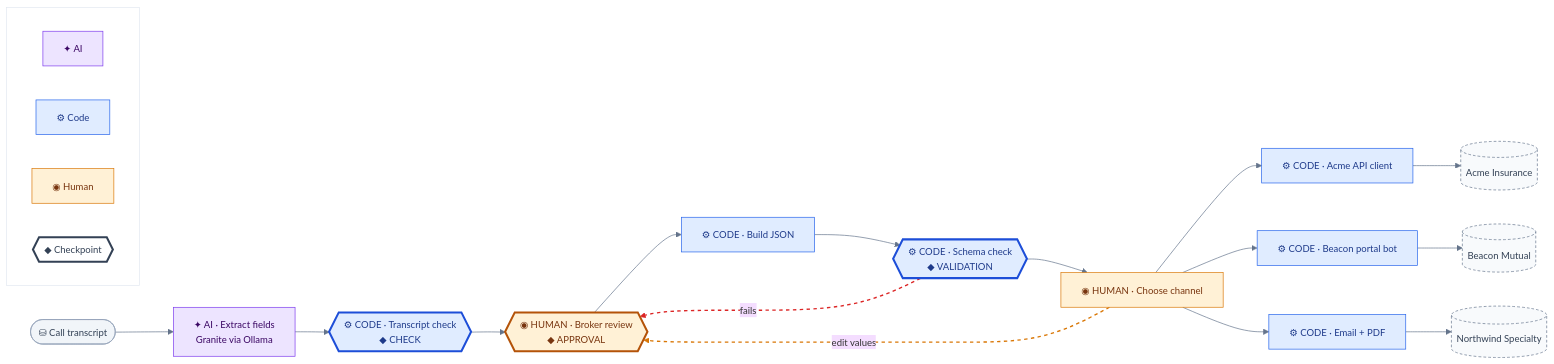
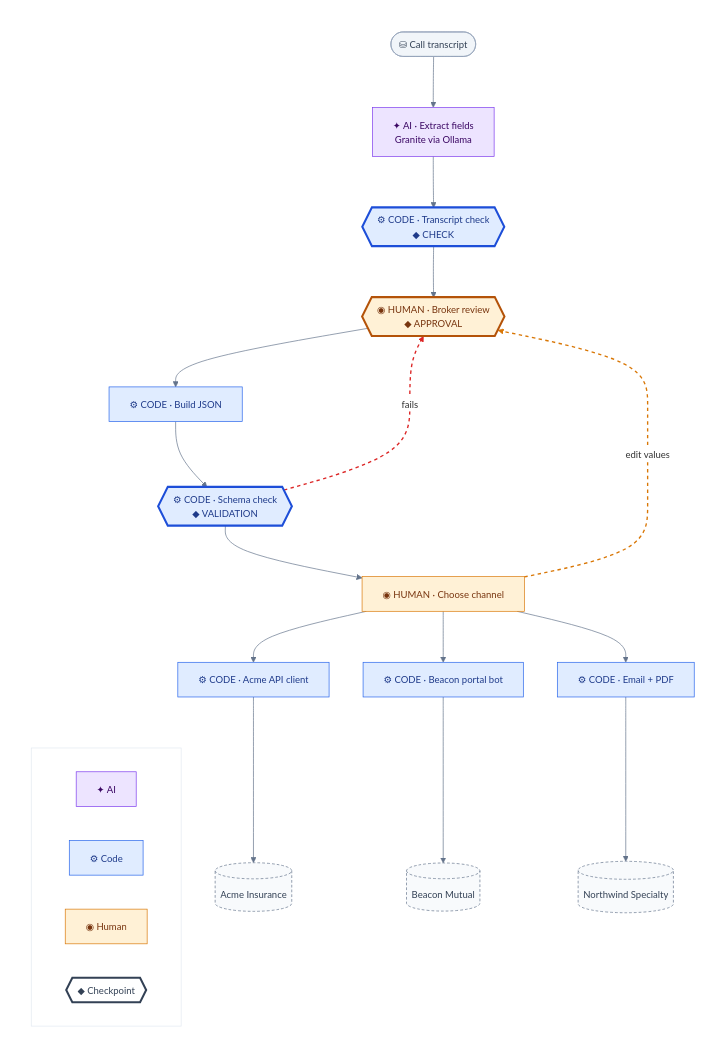
Before and after one commit to gyuszix/switchboard-lead-intake-demo: the diagram in README.md, drawn with Mermaid.

````diff
--- a/README.md
+++ b/README.md
@@ -7,62 +7,65 @@
 ```mermaid
-%%{init: {"theme": "base", "themeVariables": {"fontFamily": "Inter, Helvetica, Arial, sans-serif", "lineColor": "#64748b", "fontSize": "14px"}}}%%
+%%{init: {"theme": "base", "themeVariables": {"fontFamily": "Inter, Helvetica, Arial, sans-serif", "lineColor": "#64748b", "fontSize": "14px", "edgeLabelBackground": "#ffffff", "textColor": "#334155"}}}%%
 flowchart LR
-    T([⛁ Call transcript])
-    E[✦ AI · Extract fields<br/>Granite via Ollama]
-    TC{{⚙ CODE · Transcript check<br/>◆ CHECK}}
-    R{{◉ HUMAN · Broker review<br/>◆ APPROVAL}}
-    B[⚙ CODE · Build JSON]
-    SC{{⚙ CODE · Schema check<br/>◆ VALIDATION}}
-    CH[◉ HUMAN · Choose channel]
-    API[⚙ CODE · Acme API client]
-    BOT[⚙ CODE · Beacon portal bot]
-    EM[⚙ CODE · Email + PDF]
-    ACME[(Acme Insurance)]
-    BEACON[(Beacon Mutual)]
-    NW[(Northwind Specialty)]
+    subgraph CANVAS[" "]
+        T([⛁ Call transcript])
+        E[✦ AI · Extract fields<br/>Granite via Ollama]
+        TC{{⚙ CODE · Transcript check<br/>◆ CHECK}}
+        R{{◉ HUMAN · Broker review<br/>◆ APPROVAL}}
+        B[⚙ CODE · Build JSON]
+        SC{{⚙ CODE · Schema check<br/>◆ VALIDATION}}
+        CH[◉ HUMAN · Choose channel]
+        API[⚙ CODE · Acme API client]
+        BOT[⚙ CODE · Beacon portal bot]
+        EM[⚙ CODE · Email + PDF]
+        ACME[(Acme Insurance)]
+        BEACON[(Beacon Mutual)]
+        NW[(Northwind Specialty)]
 
-    T --> E
-    E --> TC
-    TC --> R
-    R --> B
-    B --> SC
-    SC --> CH
-    SC -. "fails" .-> R
-    CH -. "edit values" .-> R
-    CH --> API
-    API --> ACME
-    CH --> BOT
-    BOT --> BEACON
-    CH --> EM
-    EM --> NW
+        T --> E
+        E --> TC
+        TC --> R
+        R --> B
+        B --> SC
+        SC --> CH
+        SC -. "fails" .-> R
+        CH -. "edit values" .-> R
+        CH --> API
+        API --> ACME
+        CH --> BOT
+        BOT --> BEACON
+        CH --> EM
+        EM --> NW
 
-    subgraph LEGEND[" "]
-        direction LR
-        L1[✦ AI]
-        L2[⚙ Code]
-        L3[◉ Human]
-        L4{{◆ Checkpoint}}
+        subgraph LEGEND[" "]
+            direction LR
+            L1[✦ AI]
+            L2[⚙ Code]
+            L3[◉ Human]
+            L4{{◆ Checkpoint}}
+        end
     end
 
     classDef input fill:#f1f5f9,stroke:#94a3b8,color:#334155
     classDef ai fill:#ede4ff,stroke:#7c3aed,color:#3b0764
     classDef code fill:#e0ecff,stroke:#2563eb,color:#1e3a8a
     classDef codeCheck fill:#e0ecff,stroke:#1d4ed8,color:#1e3a8a,stroke-width:3px
     classDef human fill:#fff1d6,stroke:#d97706,color:#78350f
     classDef humanCheck fill:#fff1d6,stroke:#b45309,color:#78350f,stroke-width:3px
     classDef carrier fill:#f8fafc,stroke:#64748b,color:#334155,stroke-dasharray:4 3
     classDef legendCheck fill:#ffffff,stroke:#334155,color:#334155,stroke-width:3px
 
     class T input
     class E,L1 ai
     class B,API,BOT,EM,L2 code
     class TC,SC codeCheck
     class CH,L3 human
     class R humanCheck
     class ACME,BEACON,NW carrier
     class L4 legendCheck
 
     linkStyle 6 stroke:#dc2626,stroke-width:2px,stroke-dasharray:5 5
     linkStyle 7 stroke:#d97706,stroke-width:2px,stroke-dasharray:5 5
+    style CANVAS fill:#ffffff,stroke:#ffffff
     style LEGEND fill:#ffffff,stroke:#e2e8f0
 ```
````
